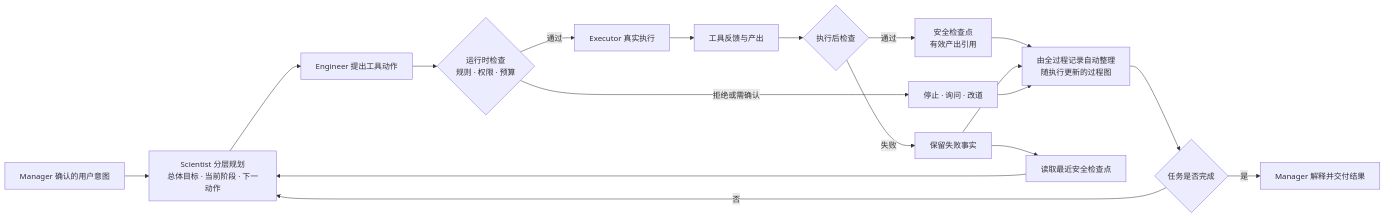
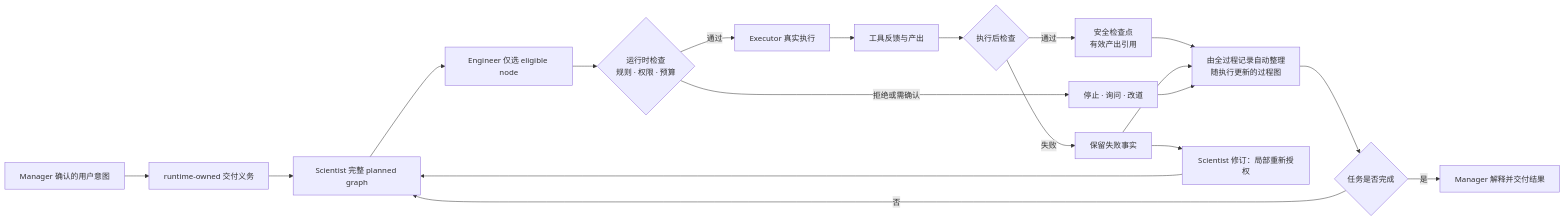
Before and after one commit to zhelunSun/URSA: the third of 3 diagrams in docs/thesis/ch1_evidence_system/module_continuity_map.md, drawn with Mermaid. The commit also changed other lines of this file and 6 other files, not shown here.

````diff
--- a/docs/thesis/ch1_evidence_system/module_continuity_map.md
+++ b/docs/thesis/ch1_evidence_system/module_continuity_map.md
@@ -66,20 +67,21 @@
 ```mermaid
 flowchart LR
-    I["Manager 确认的用户意图"] --> P["Scientist 分层规划<br/>总体目标 · 当前阶段 · 下一动作"]
-    P --> A["Engineer 提出工具动作"]
+    I["Manager 确认的用户意图"] --> OBL["runtime-owned 交付义务"]
+    OBL --> P["Scientist 完整 planned graph"]
+    P --> A["Engineer 仅选 eligible node"]
     A --> C{"运行时检查<br/>规则 · 权限 · 预算"}
     C -->|"通过"| X["Executor 真实执行"]
     C -->|"拒绝或需确认"| Q["停止 · 询问 · 改道"]
     X --> O["工具反馈与产出"]
     O --> V{"执行后检查"}
     V -->|"通过"| K["安全检查点<br/>有效产出引用"]
     V -->|"失败"| F["保留失败事实"]
     K --> G["由全过程记录自动整理<br/>随执行更新的过程图"]
     F --> G
     Q --> G
     G --> D{"任务是否完成"}
     D -->|"否"| P
     D -->|"是"| M["Manager 解释并交付结果"]
-    F --> H["读取最近安全检查点"]
+    F --> H["Scientist 修订：局部重新授权"]
     H --> P
 ```
````
